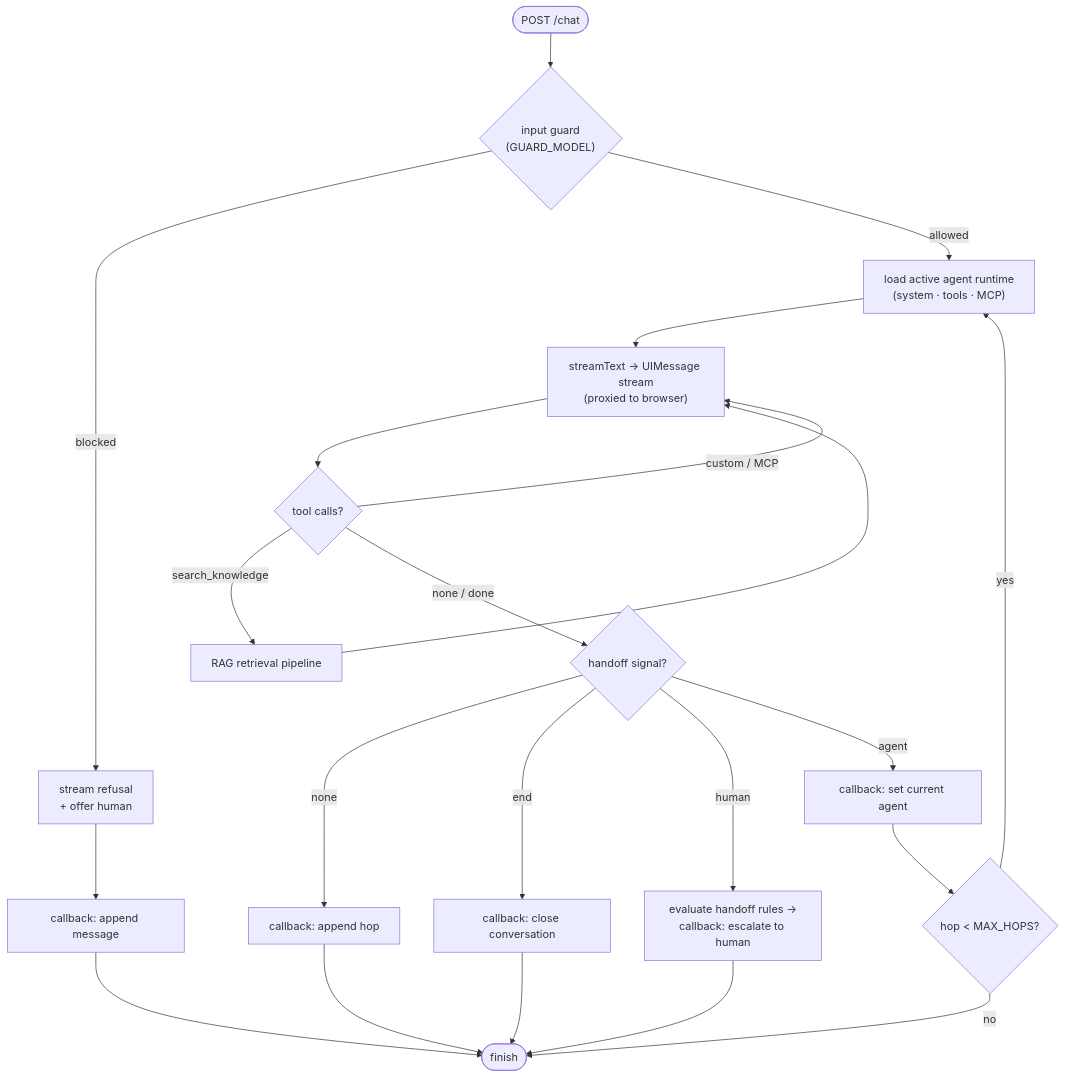
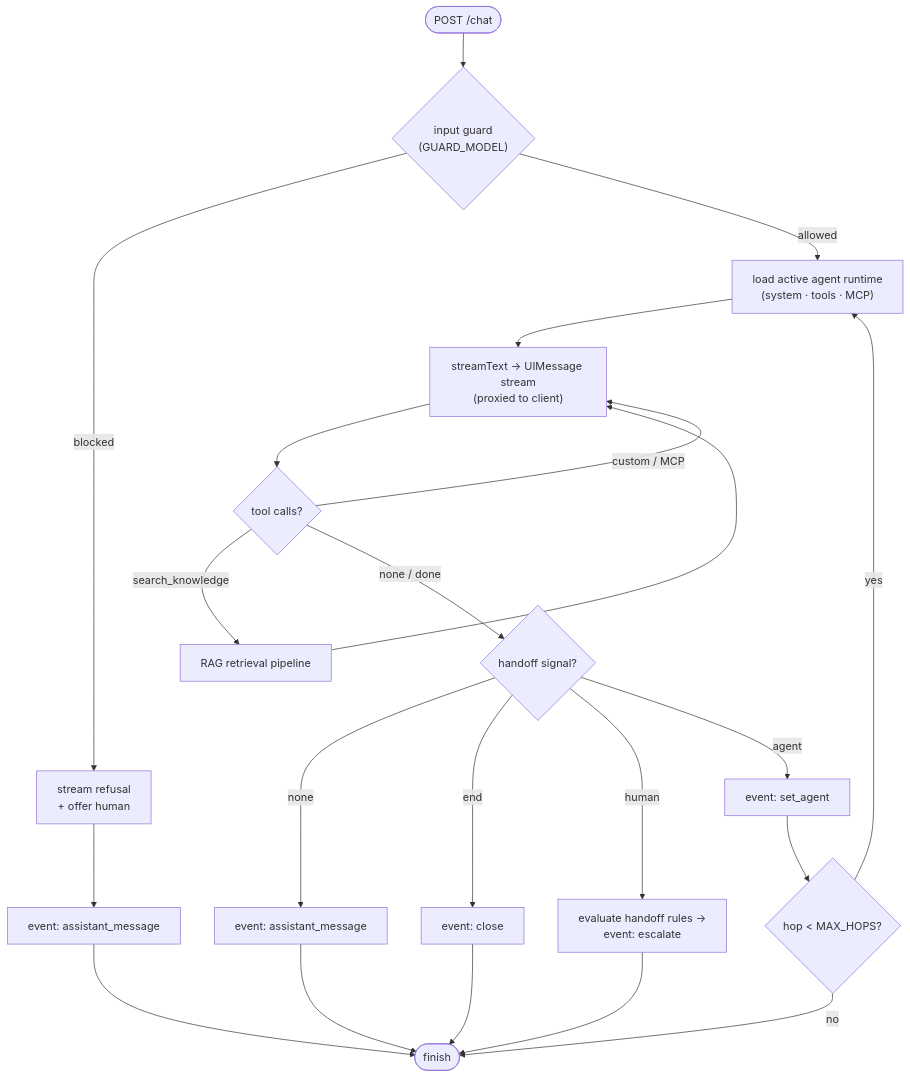
Before and after one commit to cuonghuunguyen/omnichannel-mvp: the second of 3 diagrams in packages/api/README.md, drawn with Mermaid. The commit also changed other lines of this file and 25 other files, not shown here.

````diff
--- a/packages/api/README.md
+++ b/packages/api/README.md
@@ -36,19 +102,19 @@
 ```mermaid
 flowchart TD
     Start([POST /chat]) --> Guard{"input guard<br/>(GUARD_MODEL)"}
-    Guard -->|blocked| Refuse["stream refusal<br/>+ offer human"] --> Persist1["callback: append message"] --> Done([finish])
+    Guard -->|blocked| Refuse["stream refusal<br/>+ offer human"] --> Persist1["event: assistant_message"] --> Done([finish])
     Guard -->|allowed| Hop["load active agent runtime<br/>(system · tools · MCP)"]
 
-    Hop --> Stream["streamText → UIMessage stream<br/>(proxied to browser)"]
+    Hop --> Stream["streamText → UIMessage stream<br/>(proxied to client)"]
     Stream --> Tools{"tool calls?"}
     Tools -->|search_knowledge| RAG["RAG retrieval pipeline"] --> Stream
     Tools -->|custom / MCP| Stream
     Tools -->|none / done| Signal{"handoff signal?"}
 
-    Signal -->|none| PersistHop["callback: append hop"] --> Done
-    Signal -->|end| Close["callback: close conversation"] --> Done
-    Signal -->|human| Esc["evaluate handoff rules →<br/>callback: escalate to human"] --> Done
-    Signal -->|agent| Switch["callback: set current agent"] --> HopCheck{"hop < MAX_HOPS?"}
+    Signal -->|none| PersistHop["event: assistant_message"] --> Done
+    Signal -->|end| Close["event: close"] --> Done
+    Signal -->|human| Esc["evaluate handoff rules →<br/>event: escalate"] --> Done
+    Signal -->|agent| Switch["event: set_agent"] --> HopCheck{"hop < MAX_HOPS?"}
     HopCheck -->|yes| Hop
     HopCheck -->|no| Done
 ```
````
